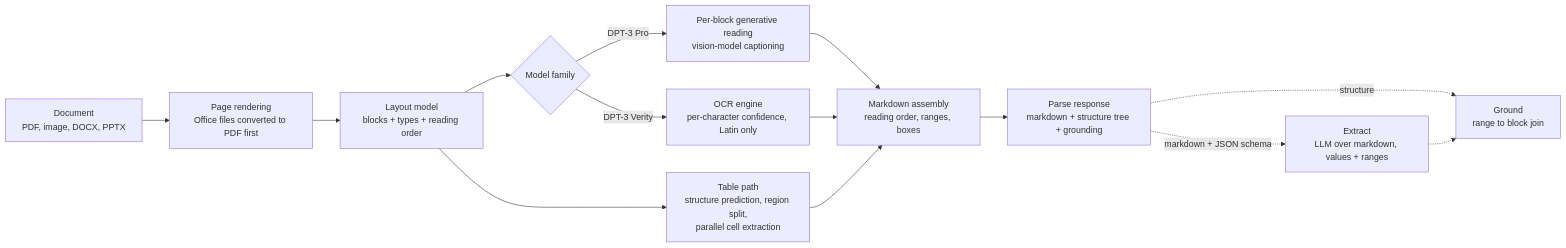
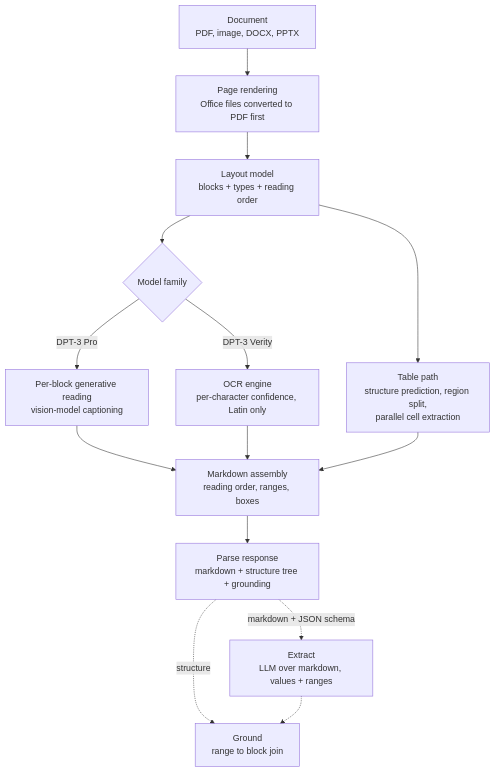
Before and after one commit to swchoi1994/agentic-doc-parsing-wiki: the diagram in docs/ade/how-dpt3-works.md, drawn with Mermaid.

Commit message:
Render the DPT-3 pipeline diagram top-down for legibility

````diff
--- a/docs/ade/how-dpt3-works.md
+++ b/docs/ade/how-dpt3-works.md
@@ -21,16 +21,16 @@
 ```mermaid
-flowchart LR
+flowchart TD
     A[Document<br/>PDF, image, DOCX, PPTX] --> B[Page rendering<br/>Office files converted to PDF first]
     B --> C[Layout model<br/>blocks + types + reading order]
     C --> D{Model family}
     D -->|DPT-3 Pro| E[Per-block generative reading<br/>vision-model captioning]
     D -->|DPT-3 Verity| F[OCR engine<br/>per-character confidence, Latin only]
     C --> G[Table path<br/>structure prediction, region split,<br/>parallel cell extraction]
     E --> H[Markdown assembly<br/>reading order, ranges, boxes]
     F --> H
     G --> H
     H --> I[Parse response<br/>markdown + structure tree + grounding]
     I -.->|markdown + JSON schema| J[Extract<br/>LLM over markdown, values + ranges]
     I -.->|structure| K[Ground<br/>range to block join]
     J -.-> K
 ```
````
